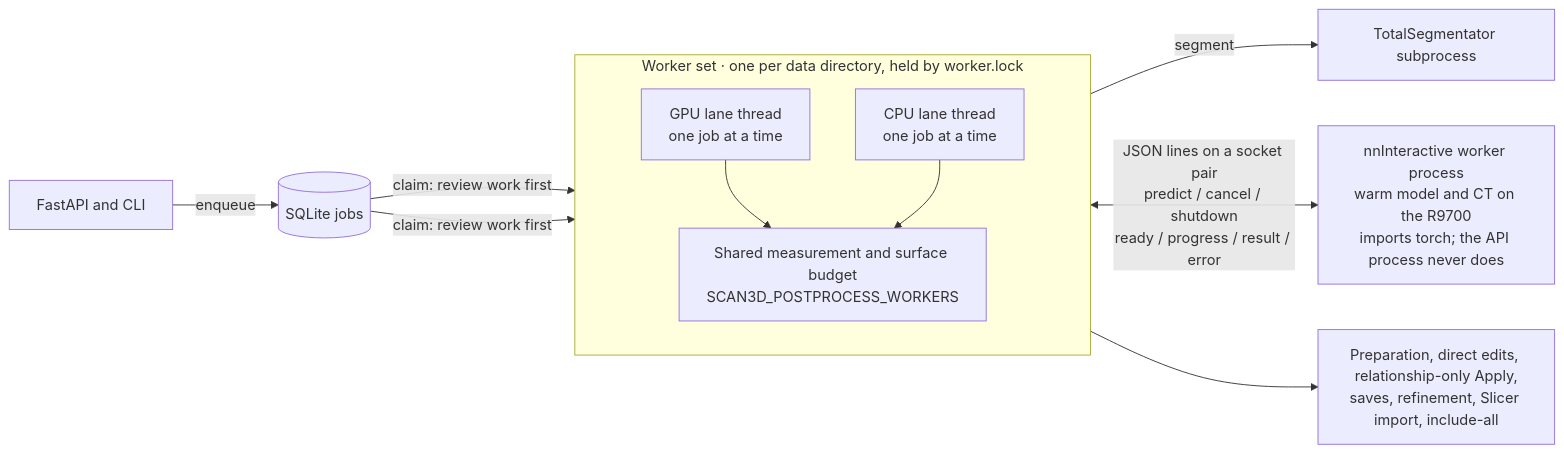
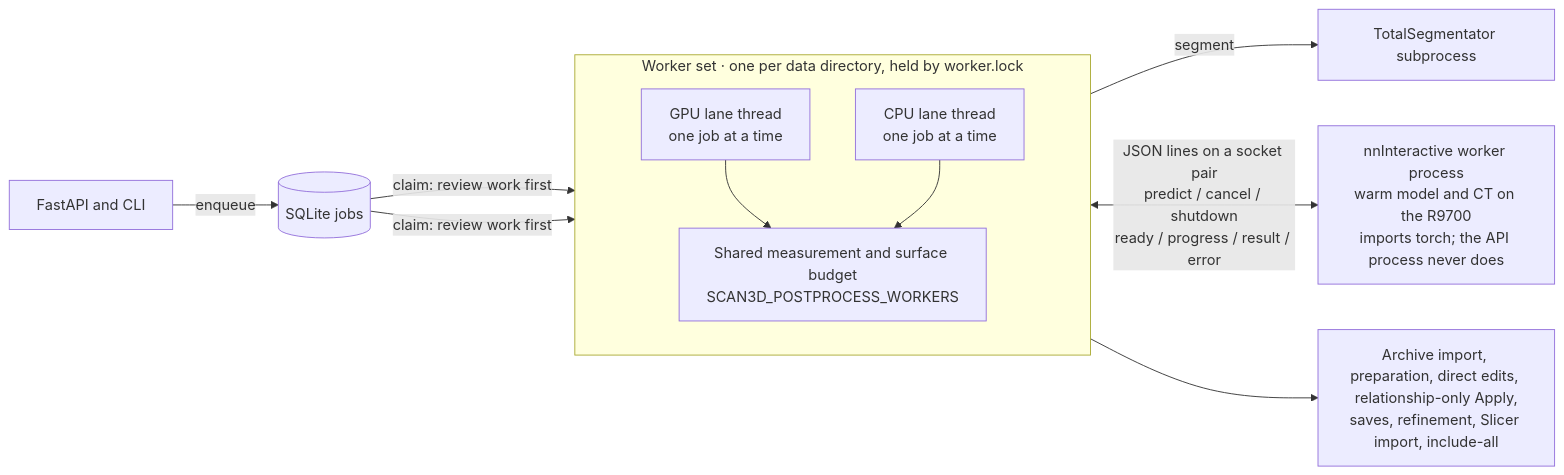
One commit to Truth129/3DScan changed the third of 3 diagrams in docs/ARCHITECTURE.md. Above: the diagram before and after it, drawn with Mermaid. The commit also changed other lines of this file and 3 other files, not shown here.

````diff
--- a/docs/ARCHITECTURE.md
+++ b/docs/ARCHITECTURE.md
@@ -222,17 +251,17 @@
 ```mermaid
 flowchart LR
   CLIENTS["FastAPI and CLI"] -->|"enqueue"| JOBS[("SQLite jobs")]
   subgraph WORKERS["Worker set · one per data directory, held by worker.lock"]
     direction TB
     GPULANE["GPU lane thread<br/>one job at a time"]
     CPULANE["CPU lane thread<br/>one job at a time"]
     BUDGET["Shared measurement and surface budget<br/>SCAN3D_POSTPROCESS_WORKERS"]
     GPULANE --> BUDGET
     CPULANE --> BUDGET
   end
   JOBS -->|"claim: review work first"| GPULANE
   JOBS -->|"claim: review work first"| CPULANE
   GPULANE -->|"segment"| TS["TotalSegmentator subprocess"]
   GPULANE <-->|"JSON lines on a socket pair<br/>predict / cancel / shutdown<br/>ready / progress / result / error"| CHILD["nnInteractive worker process<br/>warm model and CT on the R9700<br/>imports torch; the API process never does"]
-  CPULANE --> CPUWORK["Preparation, direct edits, relationship-only Apply,<br/>saves, refinement, Slicer import, include-all"]
+  CPULANE --> CPUWORK["Archive import, preparation, direct edits, relationship-only Apply,<br/>saves, refinement, Slicer import, include-all"]
 ```
````
